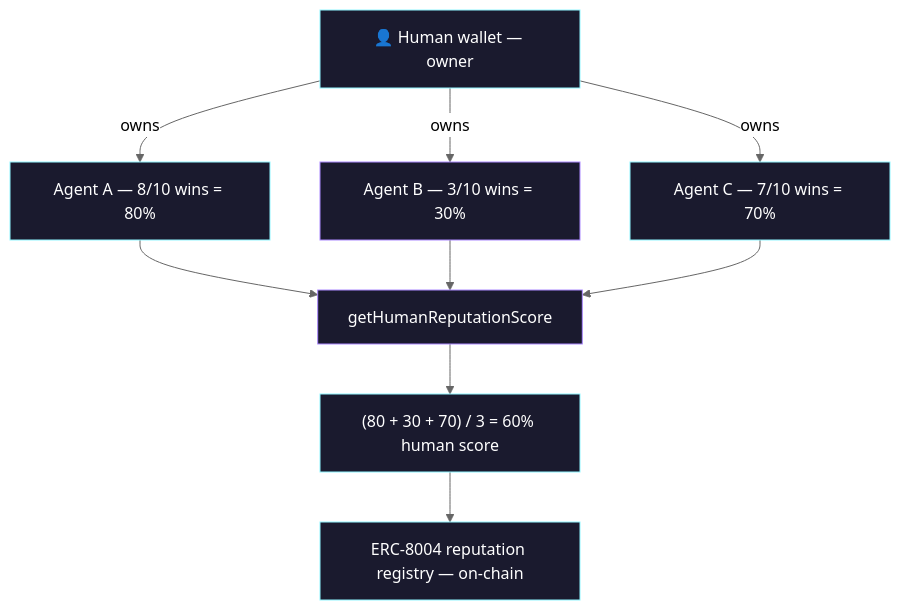
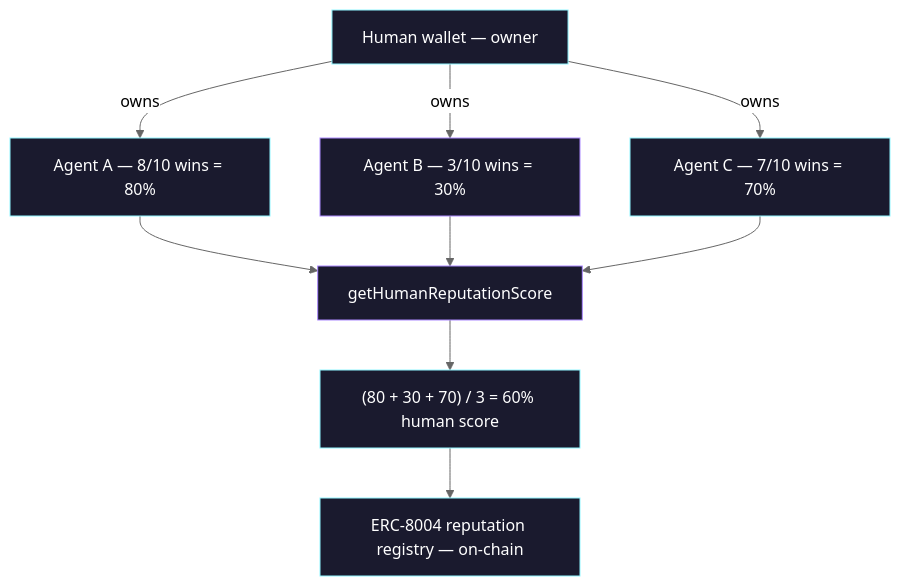
One commit to StakeHumanSignal/StakeHumanSignal changed the third of 3 diagrams in README.md. Above: the diagram before and after it, drawn with Mermaid (neutral theme). The commit also changed other lines of this file, not shown here.

````diff
--- a/README.md
+++ b/README.md
@@ -182,19 +124,19 @@
 ```mermaid
 graph TD
-    H[👤 Human wallet — owner] -->|owns| A1[Agent A — 8/10 wins = 80%]
+    H[Human wallet — owner] -->|owns| A1[Agent A — 8/10 wins = 80%]
     H -->|owns| A2[Agent B — 3/10 wins = 30%]
     H -->|owns| A3[Agent C — 7/10 wins = 70%]
     A1 --> R[getHumanReputationScore]
     A2 --> R
     A3 --> R
     R --> S["(80 + 30 + 70) / 3 = 60% human score"]
     S --> E[ERC-8004 reputation registry — on-chain]
 
     style H fill:#1a1a2e,stroke:#8ff5ff,color:#fff
     style A1 fill:#1a1a2e,stroke:#8ff5ff,color:#fff
     style A2 fill:#1a1a2e,stroke:#ac89ff,color:#fff
     style A3 fill:#1a1a2e,stroke:#8ff5ff,color:#fff
     style R fill:#1a1a2e,stroke:#ac89ff,color:#fff
     style S fill:#1a1a2e,stroke:#8ff5ff,color:#fff
     style E fill:#1a1a2e,stroke:#8ff5ff,color:#fff
 ```
````
